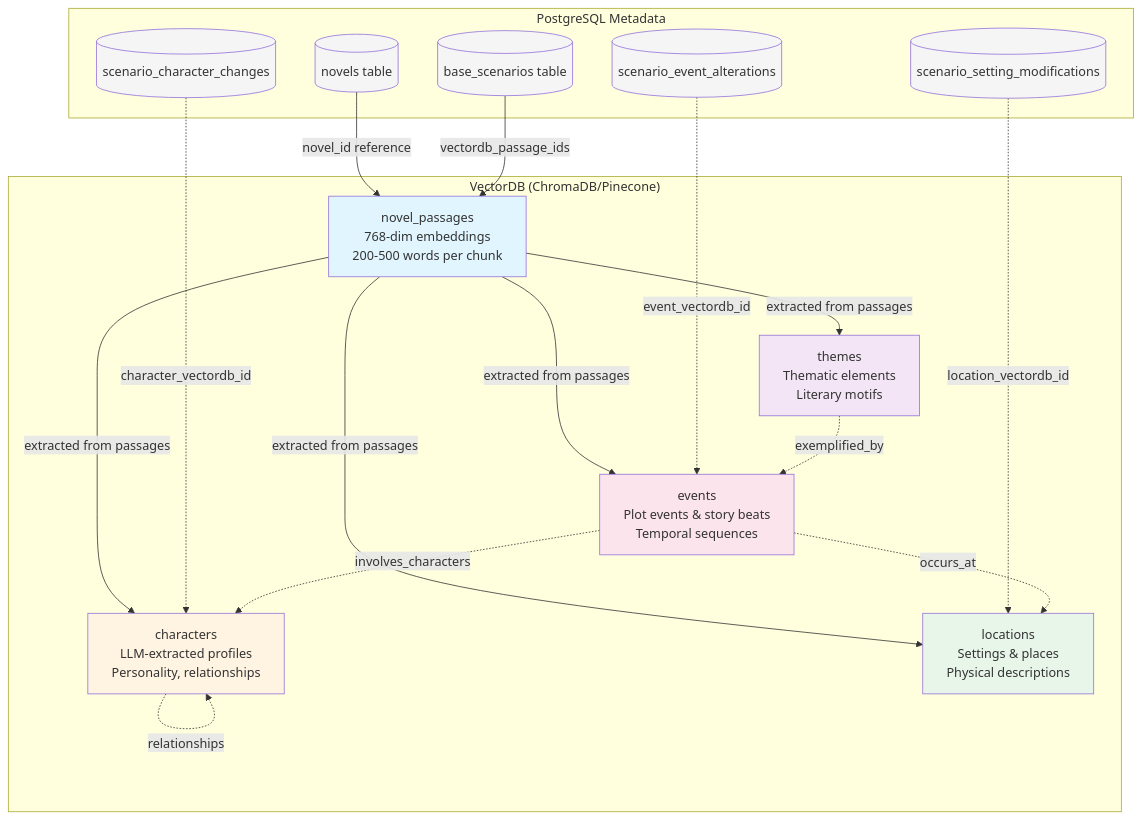
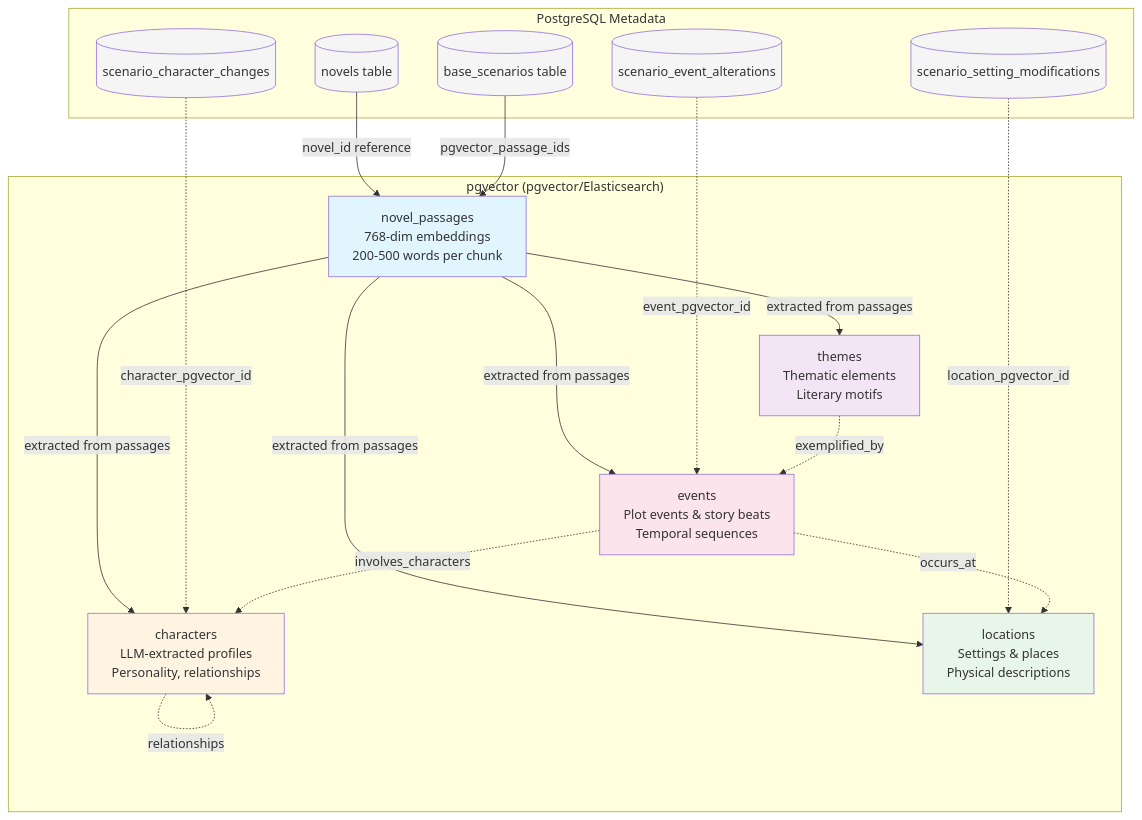
The sixth of 8 diagrams in docs/3-solutioning/erd.md (SideProjectSFY/gaji), drawn with Mermaid before and after one commit. The commit also changed other lines of this file and 69 other files, not shown here.

````diff
--- a/docs/3-solutioning/erd.md
+++ b/docs/3-solutioning/erd.md
@@ -2236,45 +2236,45 @@
 ```mermaid
 graph TB
-    subgraph VectorDB["VectorDB (ChromaDB/Pinecone)"]
+    subgraph pgvector["pgvector (pgvector/Elasticsearch)"]
         NP[novel_passages<br/>768-dim embeddings<br/>200-500 words per chunk]
         CHAR[characters<br/>LLM-extracted profiles<br/>Personality, relationships]
         LOC[locations<br/>Settings & places<br/>Physical descriptions]
         EVT[events<br/>Plot events & story beats<br/>Temporal sequences]
         THM[themes<br/>Thematic elements<br/>Literary motifs]
     end
 
     subgraph PostgreSQL["PostgreSQL Metadata"]
         NOVELS[(novels table)]
         BASE[(base_scenarios table)]
         CHAR_PARAMS[(scenario_character_changes)]
         EVT_PARAMS[(scenario_event_alterations)]
         LOC_PARAMS[(scenario_setting_modifications)]
     end
 
     NOVELS -->|novel_id reference| NP
     NP -->|extracted from passages| CHAR
     NP -->|extracted from passages| LOC
     NP -->|extracted from passages| EVT
     NP -->|extracted from passages| THM
 
-    BASE -->|vectordb_passage_ids| NP
-    CHAR_PARAMS -.->|character_vectordb_id| CHAR
-    EVT_PARAMS -.->|event_vectordb_id| EVT
-    LOC_PARAMS -.->|location_vectordb_id| LOC
+    BASE -->|pgvector_passage_ids| NP
+    CHAR_PARAMS -.->|character_pgvector_id| CHAR
+    EVT_PARAMS -.->|event_pgvector_id| EVT
+    LOC_PARAMS -.->|location_pgvector_id| LOC
 
     CHAR -.->|relationships| CHAR
     EVT -.->|involves_characters| CHAR
     EVT -.->|occurs_at| LOC
     THM -.->|exemplified_by| EVT
 
     style NP fill:#e1f5ff
     style CHAR fill:#fff4e1
     style LOC fill:#e8f5e9
     style EVT fill:#fce4ec
     style THM fill:#f3e5f5
     style NOVELS fill:#f5f5f5
     style BASE fill:#f5f5f5
     style CHAR_PARAMS fill:#f5f5f5
     style EVT_PARAMS fill:#f5f5f5
     style LOC_PARAMS fill:#f5f5f5
 ```
````
